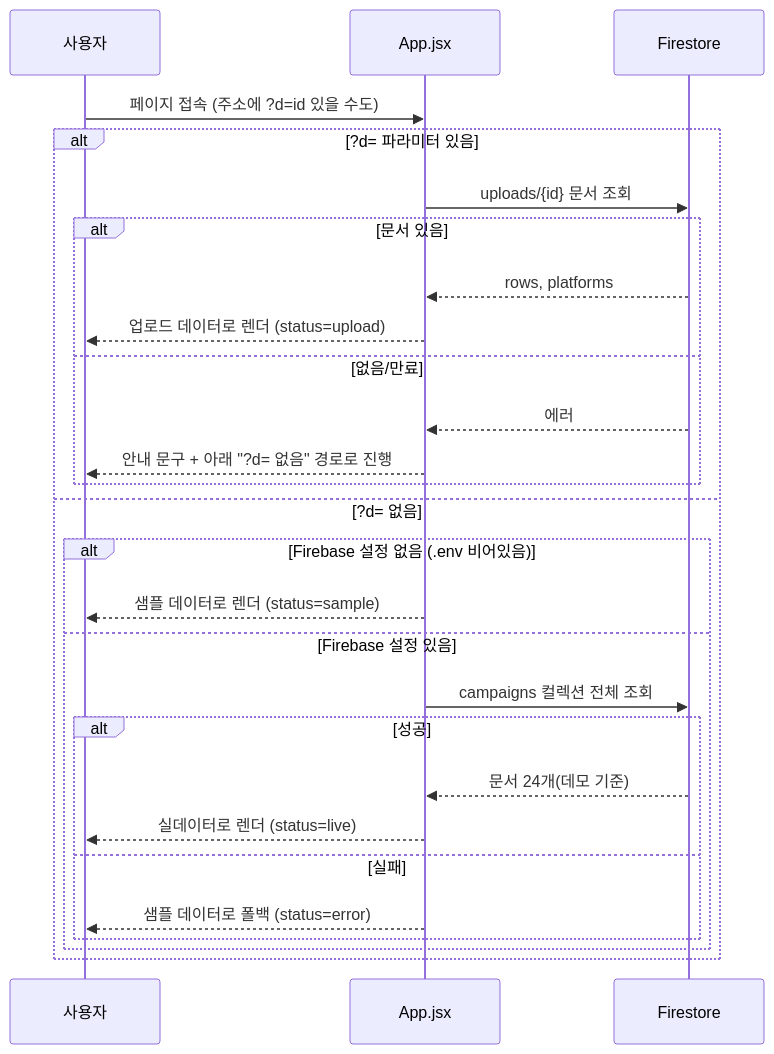
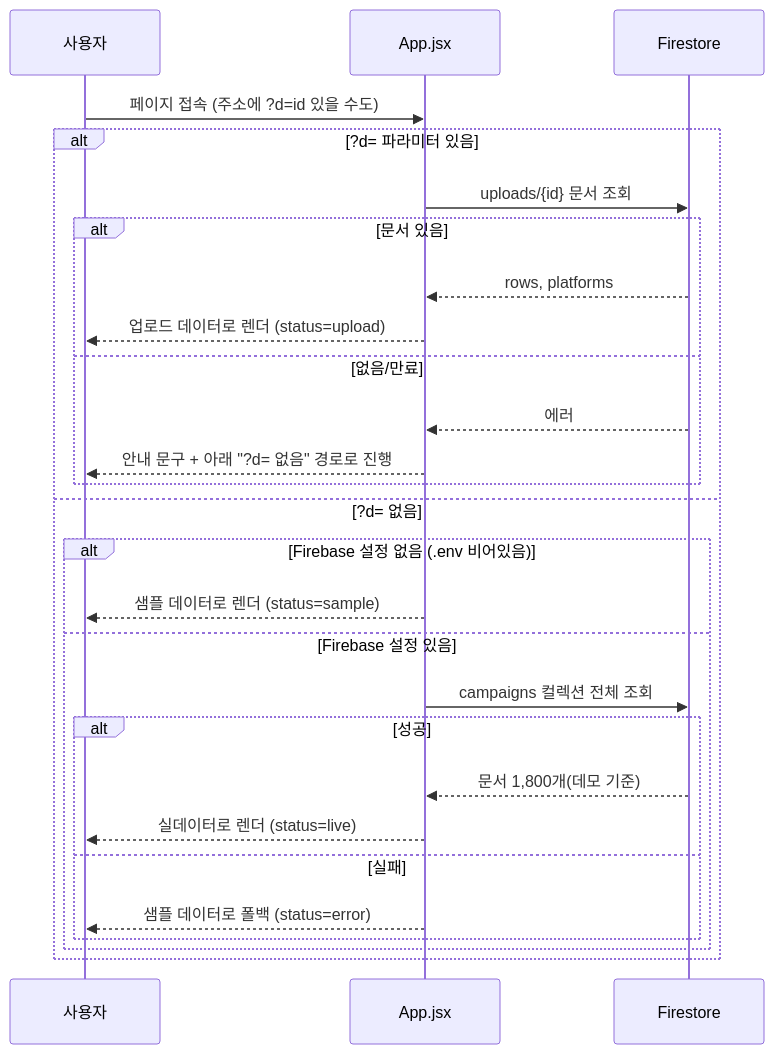
Before and after one commit to hhgkosmo0607-lgtm/lumiere_campaign: the second of 4 diagrams in 사양서.md, drawn with Mermaid. The commit also changed other lines of this file and 19 other files, not shown here.

````diff
--- a/사양서.md
+++ b/사양서.md
@@ -109,31 +109,31 @@
 ```mermaid
 sequenceDiagram
     participant U as 사용자
     participant A as App.jsx
     participant FS as Firestore
 
     U->>A: 페이지 접속 (주소에 ?d=id 있을 수도)
 
     alt ?d= 파라미터 있음
         A->>FS: uploads/{id} 문서 조회
         alt 문서 있음
             FS-->>A: rows, platforms
             A-->>U: 업로드 데이터로 렌더 (status=upload)
         else 없음/만료
             FS-->>A: 에러
             A-->>U: 안내 문구 + 아래 "?d= 없음" 경로로 진행
         end
     else ?d= 없음
         alt Firebase 설정 없음 (.env 비어있음)
             A-->>U: 샘플 데이터로 렌더 (status=sample)
         else Firebase 설정 있음
             A->>FS: campaigns 컬렉션 전체 조회
             alt 성공
-                FS-->>A: 문서 24개(데모 기준)
+                FS-->>A: 문서 1,800개(데모 기준)
                 A-->>U: 실데이터로 렌더 (status=live)
             else 실패
                 A-->>U: 샘플 데이터로 폴백 (status=error)
             end
         end
     end
 ```
````
